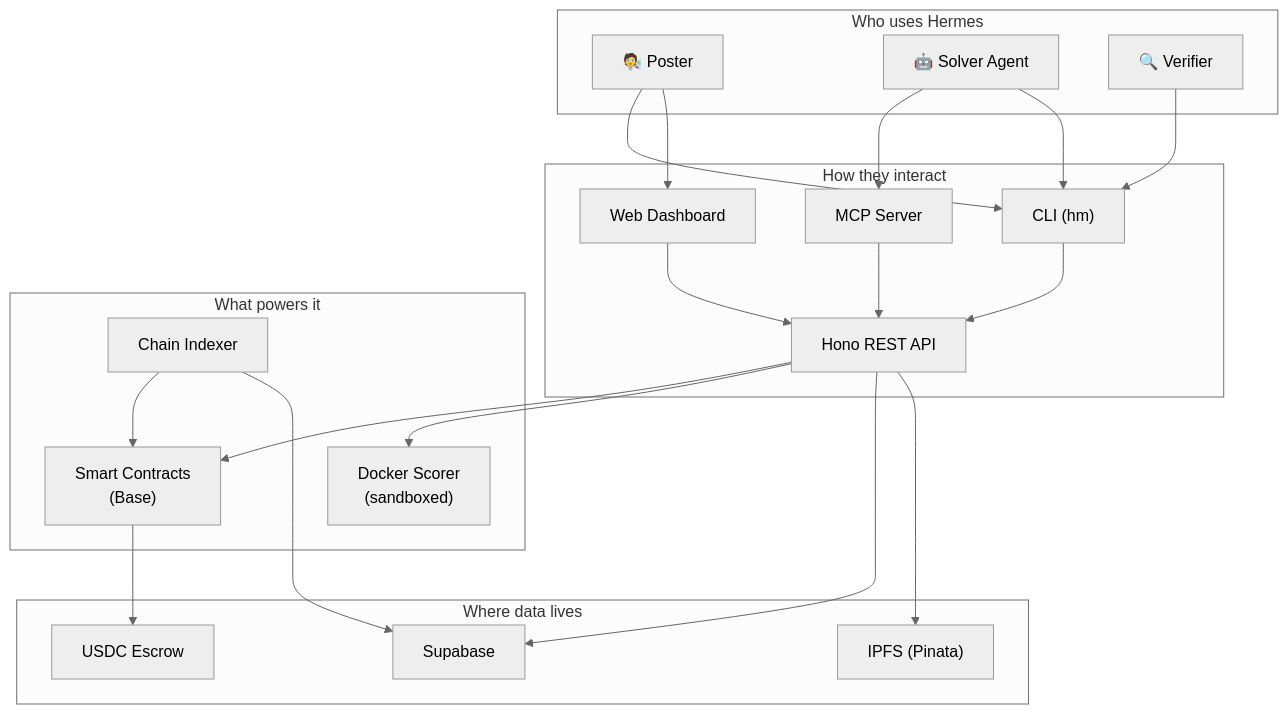
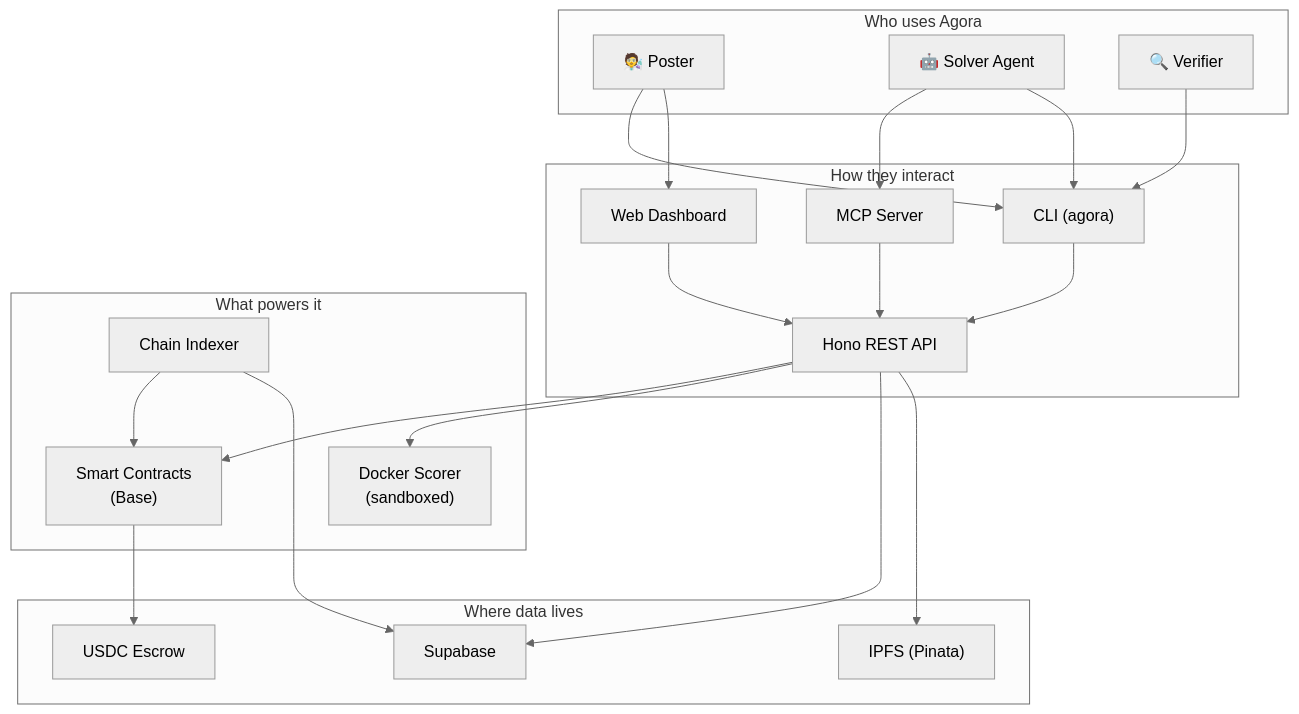
One commit to andymolecule/Agora changed the diagram in README.md. Above: the diagram before and after it, drawn with Mermaid (neutral theme). The commit also changed other lines of this file and 205 other files, not shown here.

Commit message:
rebrand: complete Hermes to Agora cutover

````diff
--- a/README.md
+++ b/README.md
@@ -5,43 +5,43 @@
 ```mermaid
 flowchart TB
-    subgraph Clients["Who uses Hermes"]
+    subgraph Clients["Who uses Agora"]
         Poster["🧑‍🔬 Poster"]
         Solver["🤖 Solver Agent"]
         Verifier["🔍 Verifier"]
     end
 
     subgraph Interfaces["How they interact"]
-        CLI["CLI (hm)"]
+        CLI["CLI (agora)"]
         MCP["MCP Server"]
         Web["Web Dashboard"]
         API["Hono REST API"]
     end
 
     subgraph Core["What powers it"]
         Contracts["Smart Contracts<br/>(Base)"]
         Scorer["Docker Scorer<br/>(sandboxed)"]
         Indexer["Chain Indexer"]
     end
 
     subgraph Data["Where data lives"]
         IPFS["IPFS (Pinata)"]
         DB["Supabase"]
         USDC["USDC Escrow"]
     end
 
     Poster --> CLI
     Poster --> Web
     Solver --> MCP
     Solver --> CLI
     Verifier --> CLI
     CLI --> API
     MCP --> API
     Web --> API
     API --> Contracts
     API --> Scorer
     API --> DB
     API --> IPFS
     Indexer --> Contracts
     Indexer --> DB
     Contracts --> USDC
 ```
````
